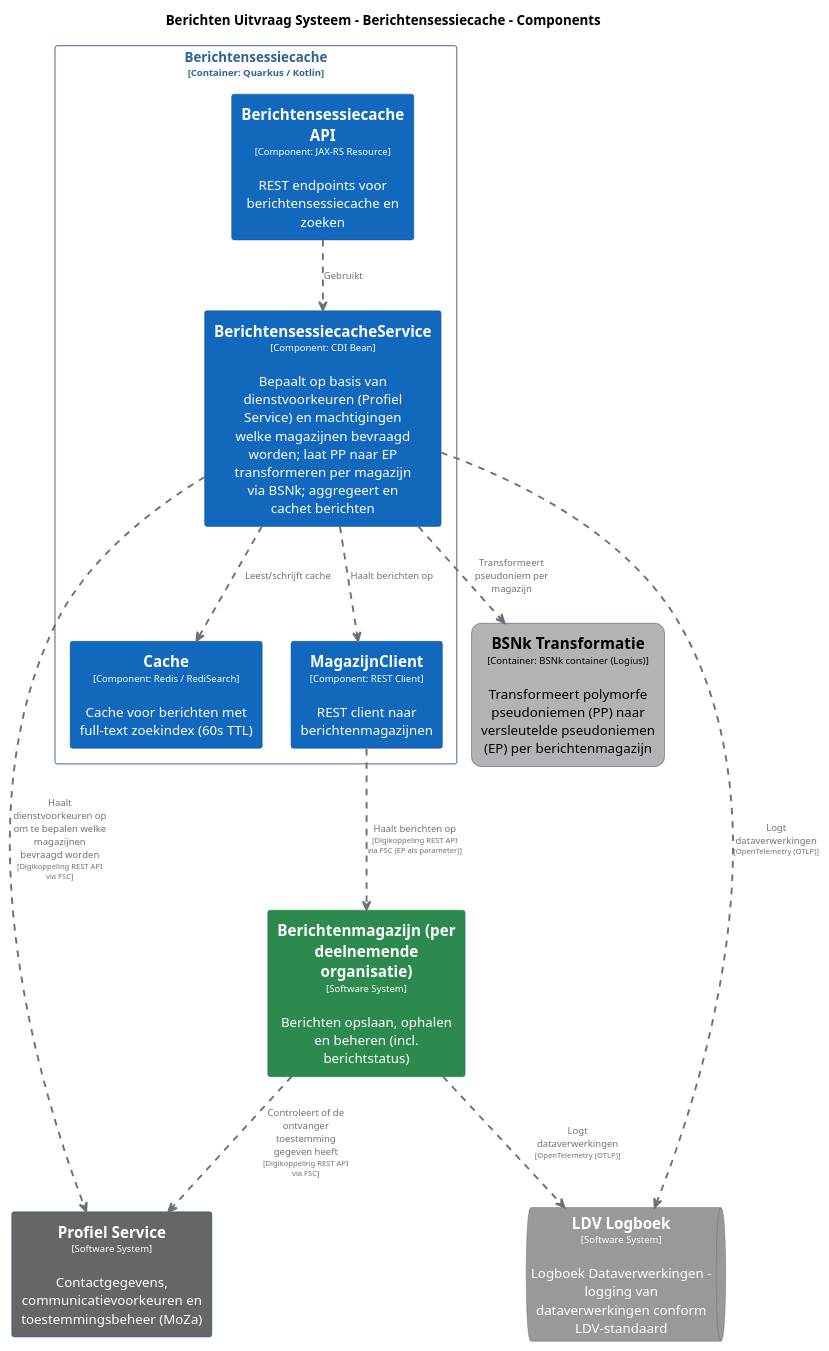
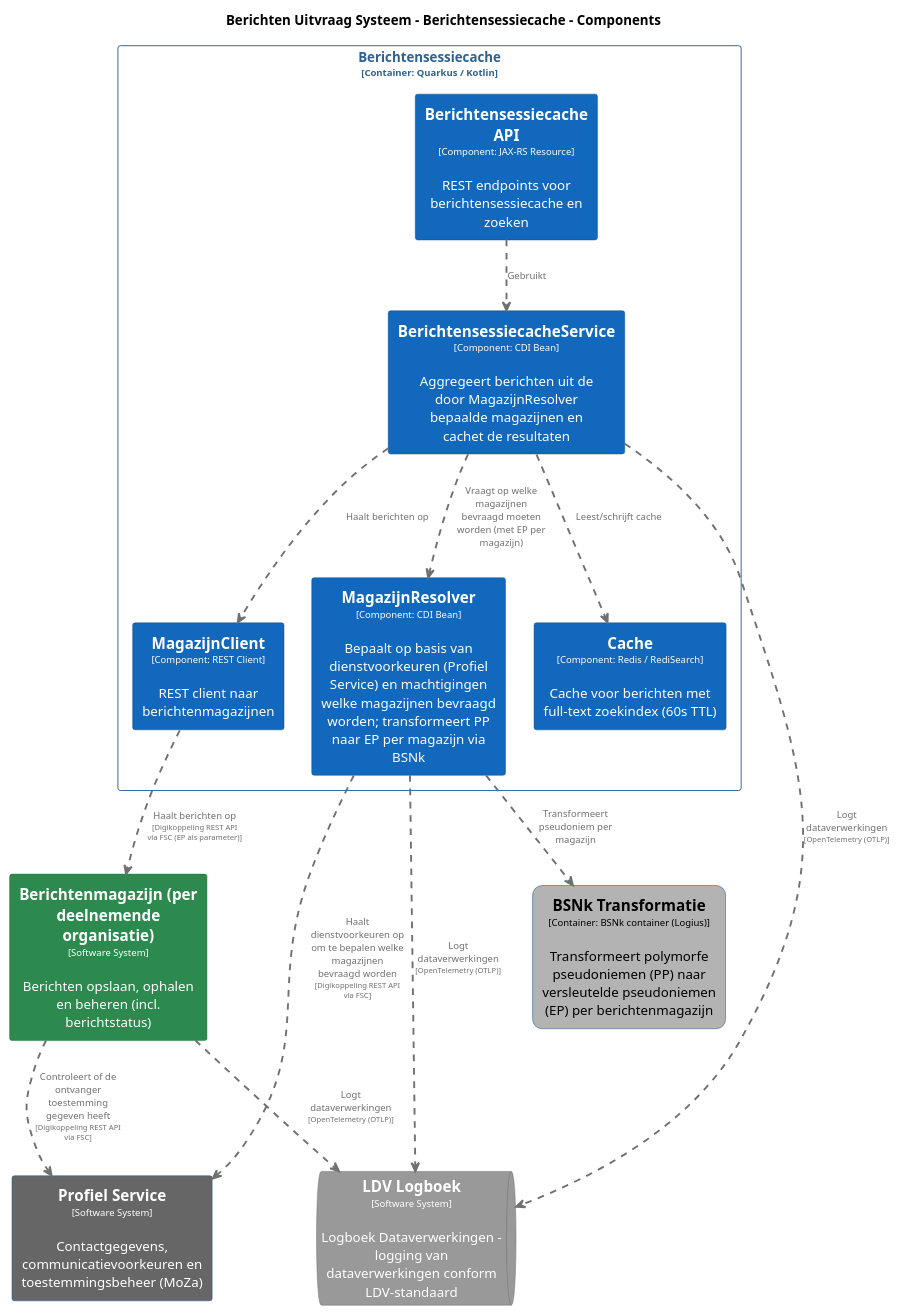
Before and after one commit to MinBZK/moza-poc-fbs-berichtenbox: the diagram in pr-preview/pr-22/master/puml/BerichtensessiecacheComponenten.puml, drawn with PlantUML. The commit also changed 12 other files, not shown here.

```diff
--- a/pr-preview/pr-22/master/puml/BerichtensessiecacheComponenten.puml
+++ b/pr-preview/pr-22/master/puml/BerichtensessiecacheComponenten.puml
@@ -1,94 +1,103 @@
 @startuml
 set separator none
 title Berichten Uitvraag Systeem - Berichtensessiecache - Components
 
 top to bottom direction
 skinparam ranksep 60
 skinparam nodesep 30
 
 skinparam {
   arrowFontSize 10
   defaultTextAlignment center
   wrapWidth 200
   maxMessageSize 100
 }
 
 hide stereotype
 
 skinparam rectangle<<BerichtenUitvraagSysteem.BSNkTransformatie>> {
   BackgroundColor #b3b3b3
   FontColor #000000
   BorderColor #0b4884
   roundCorner 20
   shadowing false
 }
 skinparam rectangle<<Berichtenmagazijnperdeelnemendeorganisatie>> {
   BackgroundColor #2d8a4e
   FontColor #ffffff
   BorderColor #1e6b38
   shadowing false
 }
 skinparam rectangle<<BerichtenUitvraagSysteem.Berichtensessiecache.BerichtensessiecacheAPI>> {
   BackgroundColor #1168bd
   FontColor #ffffff
   BorderColor #0b4884
   shadowing false
 }
 skinparam rectangle<<BerichtenUitvraagSysteem.Berichtensessiecache.BerichtensessiecacheService>> {
   BackgroundColor #1168bd
   FontColor #ffffff
   BorderColor #0b4884
   shadowing false
 }
 skinparam rectangle<<BerichtenUitvraagSysteem.Berichtensessiecache.Cache>> {
   BackgroundColor #1168bd
   FontColor #ffffff
   BorderColor #0b4884
   shadowing false
 }
 skinparam queue<<LDVLogboek>> {
   BackgroundColor #999999
   FontColor #ffffff
   BorderColor #6b6b6b
   shadowing false
 }
 skinparam rectangle<<BerichtenUitvraagSysteem.Berichtensessiecache.MagazijnClient>> {
   BackgroundColor #1168bd
   FontColor #ffffff
   BorderColor #0b4884
   shadowing false
 }
+skinparam rectangle<<BerichtenUitvraagSysteem.Berichtensessiecache.MagazijnResolver>> {
+  BackgroundColor #1168bd
+  FontColor #ffffff
+  BorderColor #0b4884
+  shadowing false
+}
 skinparam rectangle<<ProfielService>> {
   BackgroundColor #666666
   FontColor #ffffff
   BorderColor #0b4884
   shadowing false
 }
 skinparam rectangle<<BerichtenUitvraagSysteem.Berichtensessiecache>> {
   BorderColor #2e6295
   FontColor #2e6295
   shadowing false
 }
 
 rectangle "==Profiel Service\n<size:10>[Software System]</size>\n\nContactgegevens, communicatievoorkeuren en toestemmingsbeheer (MoZa)" <<ProfielService>> as ProfielService
 rectangle "==Berichtenmagazijn (per deelnemende organisatie)\n<size:10>[Software System]</size>\n\nBerichten opslaan, ophalen en beheren (incl. berichtstatus)" <<Berichtenmagazijnperdeelnemendeorganisatie>> as Berichtenmagazijnperdeelnemendeorganisatie
 rectangle "==BSNk Transformatie\n<size:10>[Container: BSNk container (Logius)]</size>\n\nTransformeert polymorfe pseudoniemen (PP) naar versleutelde pseudoniemen (EP) per berichtenmagazijn" <<BerichtenUitvraagSysteem.BSNkTransformatie>> as BerichtenUitvraagSysteem.BSNkTransformatie
 queue "==LDV Logboek\n<size:10>[Software System]</size>\n\nLogboek Dataverwerkingen - logging van dataverwerkingen conform LDV-standaard" <<LDVLogboek>> as LDVLogboek
 
 rectangle "Berichtensessiecache\n<size:10>[Container: Quarkus / Kotlin]</size>" <<BerichtenUitvraagSysteem.Berichtensessiecache>> {
   rectangle "==Berichtensessiecache API\n<size:10>[Component: JAX-RS Resource]</size>\n\nREST endpoints voor berichtensessiecache en zoeken" <<BerichtenUitvraagSysteem.Berichtensessiecache.BerichtensessiecacheAPI>> as BerichtenUitvraagSysteem.Berichtensessiecache.BerichtensessiecacheAPI
-  rectangle "==BerichtensessiecacheService\n<size:10>[Component: CDI Bean]</size>\n\nBepaalt op basis van dienstvoorkeuren (Profiel Service) en machtigingen welke magazijnen bevraagd worden; laat PP naar EP transformeren per magazijn via BSNk; aggregeert en cachet berichten" <<BerichtenUitvraagSysteem.Berichtensessiecache.BerichtensessiecacheService>> as BerichtenUitvraagSysteem.Berichtensessiecache.BerichtensessiecacheService
+  rectangle "==MagazijnResolver\n<size:10>[Component: CDI Bean]</size>\n\nBepaalt op basis van dienstvoorkeuren (Profiel Service) en machtigingen welke magazijnen bevraagd worden; transformeert PP naar EP per magazijn via BSNk" <<BerichtenUitvraagSysteem.Berichtensessiecache.MagazijnResolver>> as BerichtenUitvraagSysteem.Berichtensessiecache.MagazijnResolver
+  rectangle "==BerichtensessiecacheService\n<size:10>[Component: CDI Bean]</size>\n\nAggregeert berichten uit de door MagazijnResolver bepaalde magazijnen en cachet de resultaten" <<BerichtenUitvraagSysteem.Berichtensessiecache.BerichtensessiecacheService>> as BerichtenUitvraagSysteem.Berichtensessiecache.BerichtensessiecacheService
   rectangle "==Cache\n<size:10>[Component: Redis / RediSearch]</size>\n\nCache voor berichten met full-text zoekindex (60s TTL)" <<BerichtenUitvraagSysteem.Berichtensessiecache.Cache>> as BerichtenUitvraagSysteem.Berichtensessiecache.Cache
   rectangle "==MagazijnClient\n<size:10>[Component: REST Client]</size>\n\nREST client naar berichtenmagazijnen" <<BerichtenUitvraagSysteem.Berichtensessiecache.MagazijnClient>> as BerichtenUitvraagSysteem.Berichtensessiecache.MagazijnClient
 }
 
+BerichtenUitvraagSysteem.Berichtensessiecache.MagazijnResolver .[#707070,thickness=2].> ProfielService : "<color:#707070>Haalt dienstvoorkeuren op om te bepalen welke magazijnen bevraagd worden\n<color:#707070><size:8>[Digikoppeling REST API via FSC]</size>"
 BerichtenUitvraagSysteem.Berichtensessiecache.MagazijnClient .[#707070,thickness=2].> Berichtenmagazijnperdeelnemendeorganisatie : "<color:#707070>Haalt berichten op\n<color:#707070><size:8>[Digikoppeling REST API via FSC (EP als parameter)]</size>"
 Berichtenmagazijnperdeelnemendeorganisatie .[#707070,thickness=2].> LDVLogboek : "<color:#707070>Logt dataverwerkingen\n<color:#707070><size:8>[OpenTelemetry (OTLP)]</size>"
 BerichtenUitvraagSysteem.Berichtensessiecache.BerichtensessiecacheService .[#707070,thickness=2].> LDVLogboek : "<color:#707070>Logt dataverwerkingen\n<color:#707070><size:8>[OpenTelemetry (OTLP)]</size>"
+BerichtenUitvraagSysteem.Berichtensessiecache.MagazijnResolver .[#707070,thickness=2].> LDVLogboek : "<color:#707070>Logt dataverwerkingen\n<color:#707070><size:8>[OpenTelemetry (OTLP)]</size>"
 BerichtenUitvraagSysteem.Berichtensessiecache.BerichtensessiecacheAPI .[#707070,thickness=2].> BerichtenUitvraagSysteem.Berichtensessiecache.BerichtensessiecacheService : "<color:#707070>Gebruikt"
+BerichtenUitvraagSysteem.Berichtensessiecache.BerichtensessiecacheService .[#707070,thickness=2].> BerichtenUitvraagSysteem.Berichtensessiecache.MagazijnResolver : "<color:#707070>Vraagt op welke magazijnen bevraagd moeten worden (met EP per magazijn)"
 BerichtenUitvraagSysteem.Berichtensessiecache.BerichtensessiecacheService .[#707070,thickness=2].> BerichtenUitvraagSysteem.Berichtensessiecache.Cache : "<color:#707070>Leest/schrijft cache"
 BerichtenUitvraagSysteem.Berichtensessiecache.BerichtensessiecacheService .[#707070,thickness=2].> BerichtenUitvraagSysteem.Berichtensessiecache.MagazijnClient : "<color:#707070>Haalt berichten op"
-BerichtenUitvraagSysteem.Berichtensessiecache.BerichtensessiecacheService .[#707070,thickness=2].> BerichtenUitvraagSysteem.BSNkTransformatie : "<color:#707070>Transformeert pseudoniem per magazijn"
+BerichtenUitvraagSysteem.Berichtensessiecache.MagazijnResolver .[#707070,thickness=2].> BerichtenUitvraagSysteem.BSNkTransformatie : "<color:#707070>Transformeert pseudoniem per magazijn"
 Berichtenmagazijnperdeelnemendeorganisatie .[#707070,thickness=2].> ProfielService : "<color:#707070>Controleert of de ontvanger toestemming gegeven heeft\n<color:#707070><size:8>[Digikoppeling REST API via FSC]</size>"
-BerichtenUitvraagSysteem.Berichtensessiecache.BerichtensessiecacheService .[#707070,thickness=2].> ProfielService : "<color:#707070>Haalt dienstvoorkeuren op om te bepalen welke magazijnen bevraagd worden\n<color:#707070><size:8>[Digikoppeling REST API via FSC]</size>"
 @enduml
```
